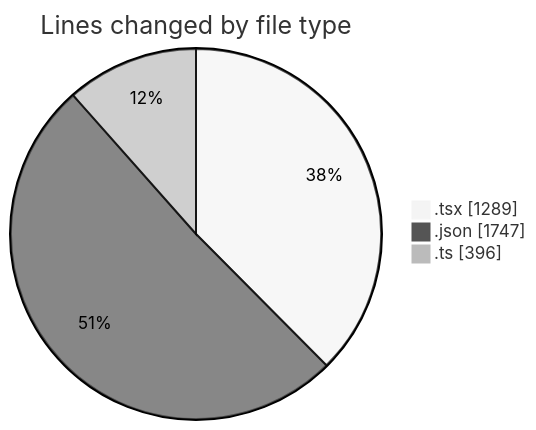
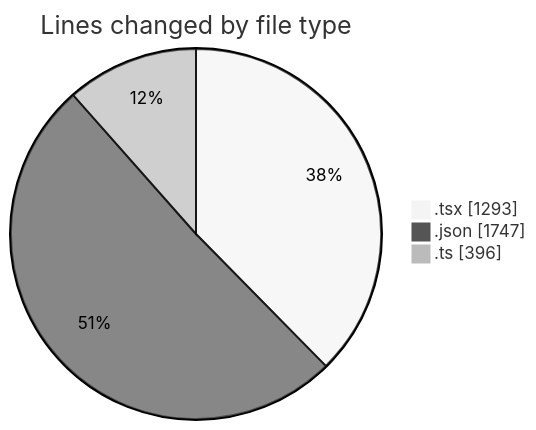
Before and after one commit to julien-gomy/code-tracking: the first of 2 diagrams in 2025-10-30/eventscop-frontend-guide__workspace_/README.md, drawn with Mermaid (neutral theme). The commit also changed other lines of this file and 1 other file, not shown here.

````diff
--- a/2025-10-30/eventscop-frontend-guide__workspace_/README.md
+++ b/2025-10-30/eventscop-frontend-guide__workspace_/README.md
@@ -31,7 +31,7 @@
 ```mermaid
 pie showData
 title Lines changed by file type
-".tsx" : 1289
+".tsx" : 1293
 ".json" : 1747
 ".ts" : 396
 ```
````
